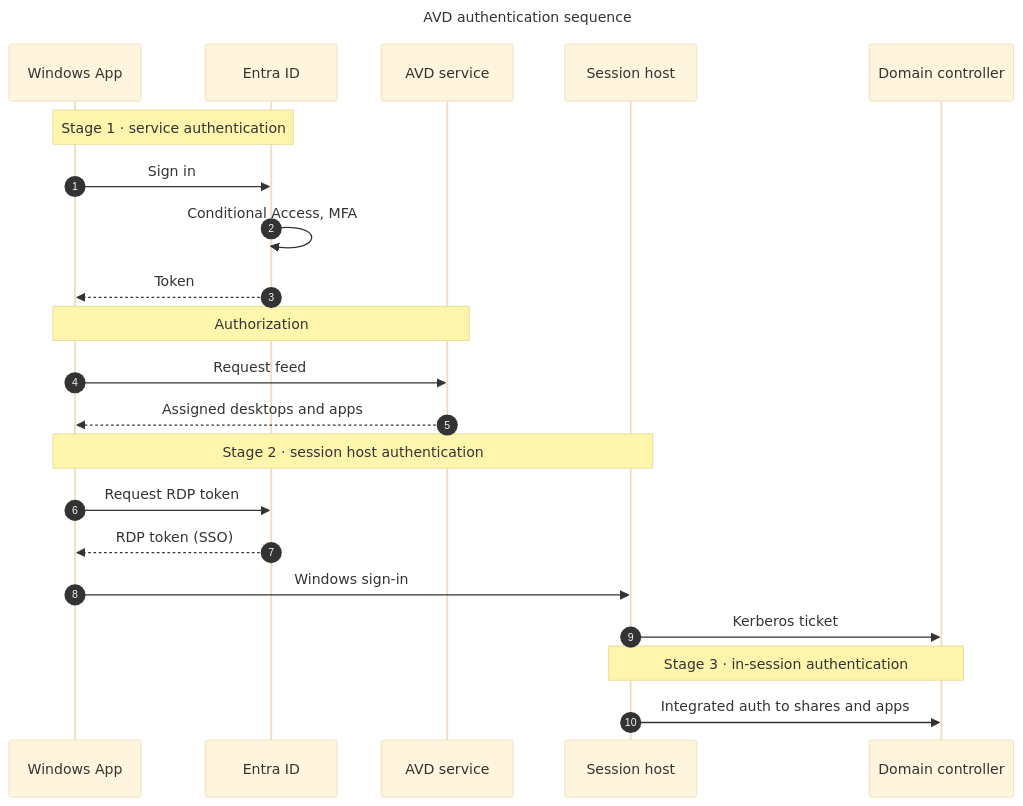
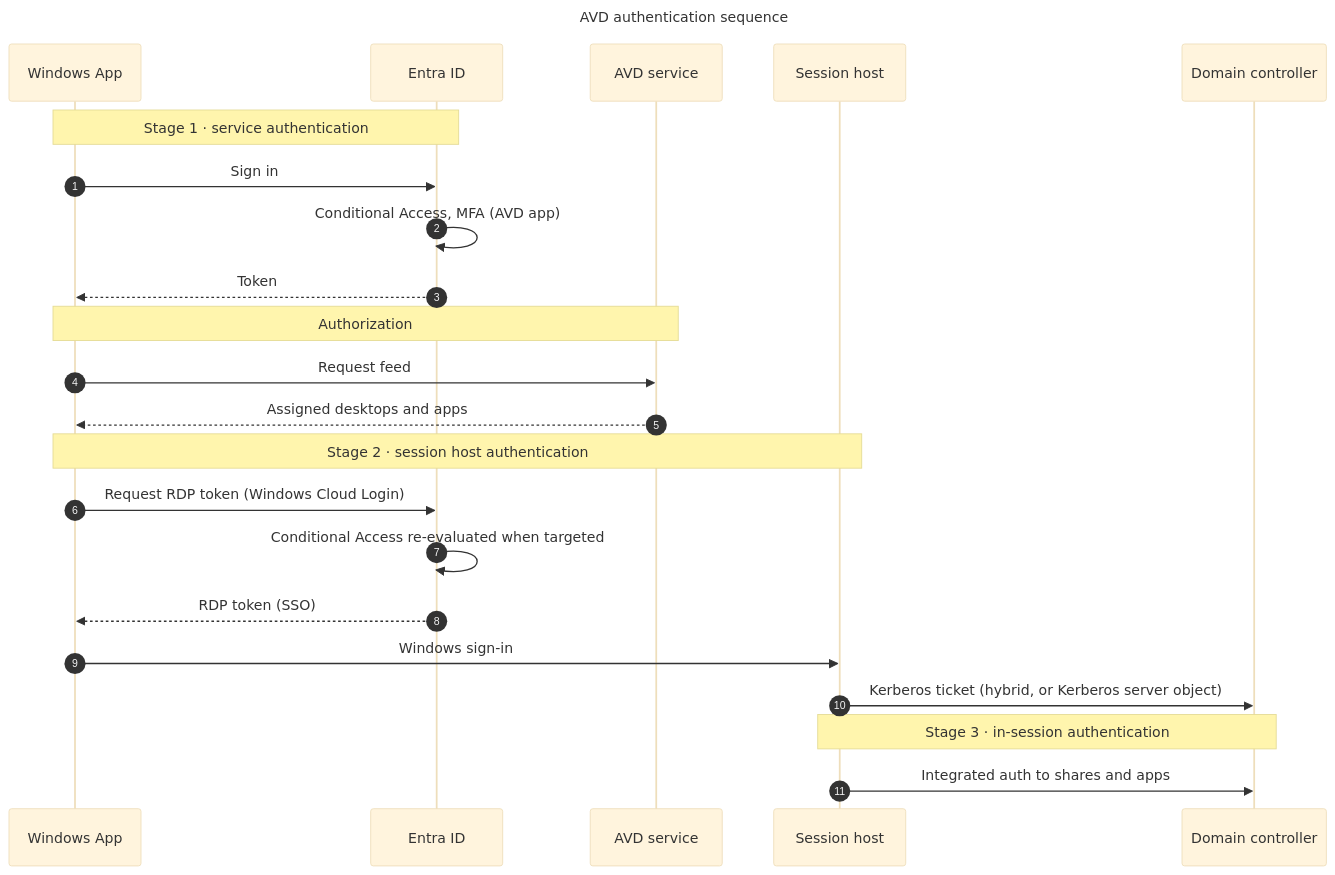
The diagram in chapters/ch08-authentication-flows-in-detail.md (AddySidd27/azure-virtual-desktop-architect), drawn with Mermaid (base theme) before and after one commit. The commit also changed other lines of this file and 3 other files, not shown here.

First line of the commit message:
Review Chapter 8: correct Conditional Access scope with SSO, five SSO tasks, KDC proxy requirements; add review record

````diff
--- a/chapters/ch08-authentication-flows-in-detail.md
+++ b/chapters/ch08-authentication-flows-in-detail.md
@@ -56,30 +56,31 @@
 ```mermaid
 ---
 title: AVD authentication sequence
 ---
 sequenceDiagram
     autonumber
     participant U as Windows App
     participant E as Entra ID
     participant S as AVD service
     participant H as Session host
     participant K as Domain controller
 
     Note over U,E: Stage 1 · service authentication
     U->>E: Sign in
-    E->>E: Conditional Access, MFA
+    E->>E: Conditional Access, MFA (AVD app)
     E-->>U: Token
 
     Note over U,S: Authorization
     U->>S: Request feed
     S-->>U: Assigned desktops and apps
 
     Note over U,H: Stage 2 · session host authentication
-    U->>E: Request RDP token
+    U->>E: Request RDP token (Windows Cloud Login)
+    E->>E: Conditional Access re-evaluated when targeted
     E-->>U: RDP token (SSO)
     U->>H: Windows sign-in
-    H->>K: Kerberos ticket
+    H->>K: Kerberos ticket (hybrid, or Kerberos server object)
 
     Note over H,K: Stage 3 · in-session authentication
     H->>K: Integrated auth to shares and apps
 ```
````
